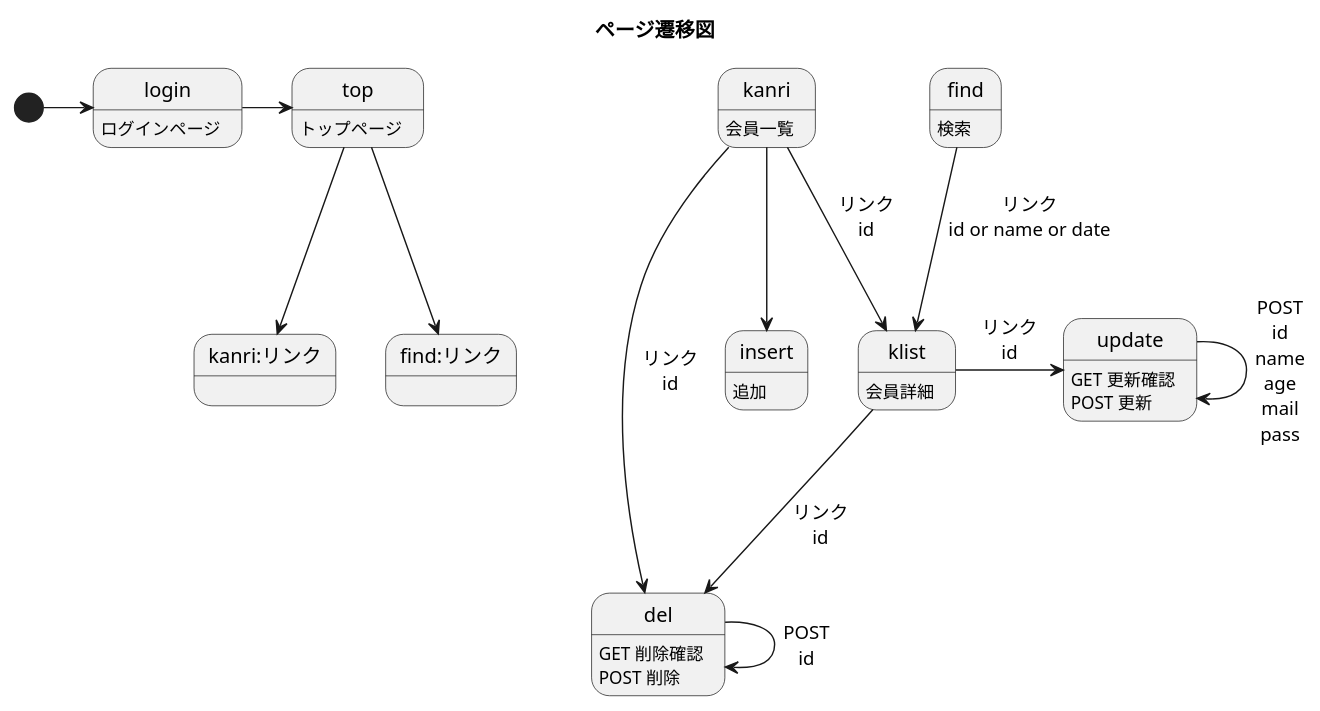
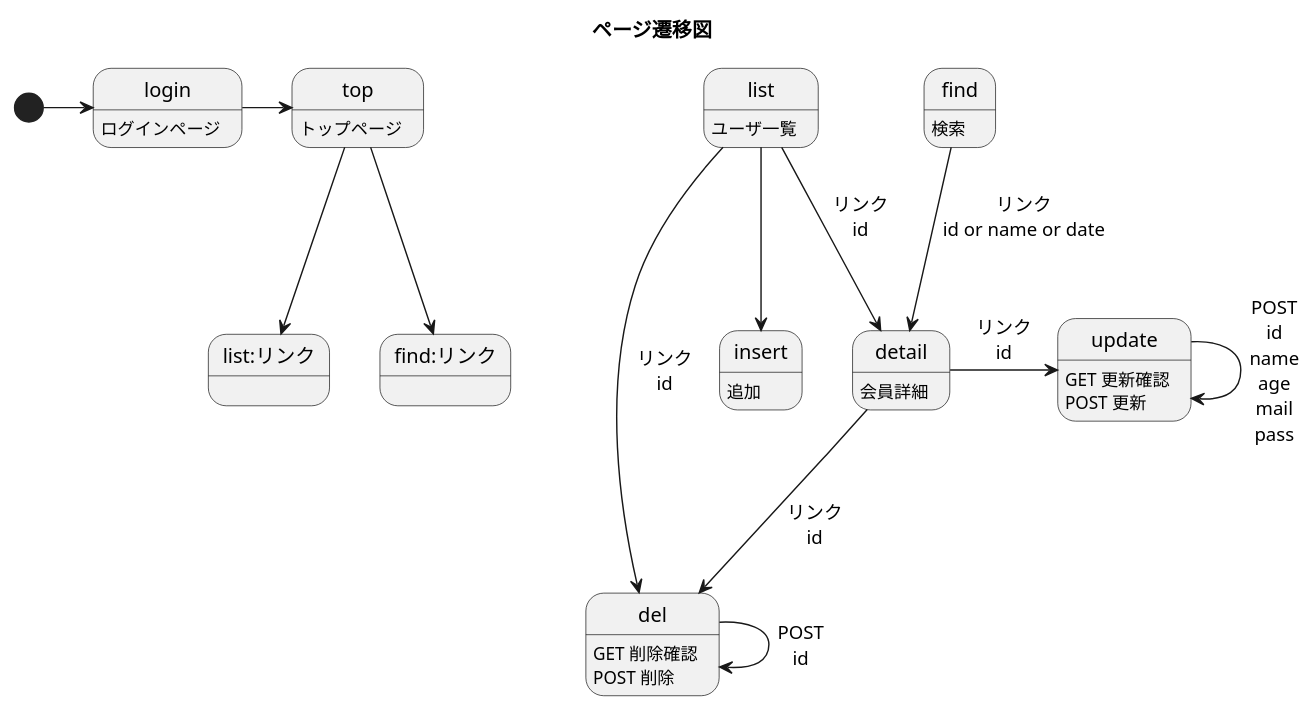
Before and after one commit to toufu66/ProjectC: the diagram in uml/admin_management.pu, drawn with PlantUML.

Commit message:
kanri→list,klist→detail

```diff
--- a/uml/admin_management.pu
+++ b/uml/admin_management.pu
@@ -1,26 +1,26 @@
 @startuml
 title ページ遷移図
 login:ログインページ
 top:トップページ
-kanri : 会員一覧
+list : ユーザ一覧
 del:GET 削除確認\nPOST 削除
 update:GET 更新確認\nPOST 更新
 insert:追加
-klist:会員詳細
+detail:会員詳細
 find:検索
 
 [*]->login
 login->top
-top-->kanri:リンク
+top-->list:リンク
 top-->find:リンク
-kanri-->del:リンク\nid
-kanri-->insert
-kanri-->klist:リンク\nid
+list-->del:リンク\nid
+list-->insert
+list-->detail:リンク\nid
 del-->del:POST\nid
-find-->klist:リンク\nid or name or date
-klist-->del:リンク\nid
+find-->detail:リンク\nid or name or date
+detail-->del:リンク\nid
 
 update-->update:POST\nid\nname\nage\nmail\npass
-klist->update:リンク\nid
+detail->update:リンク\nid
 
 @enduml
```
